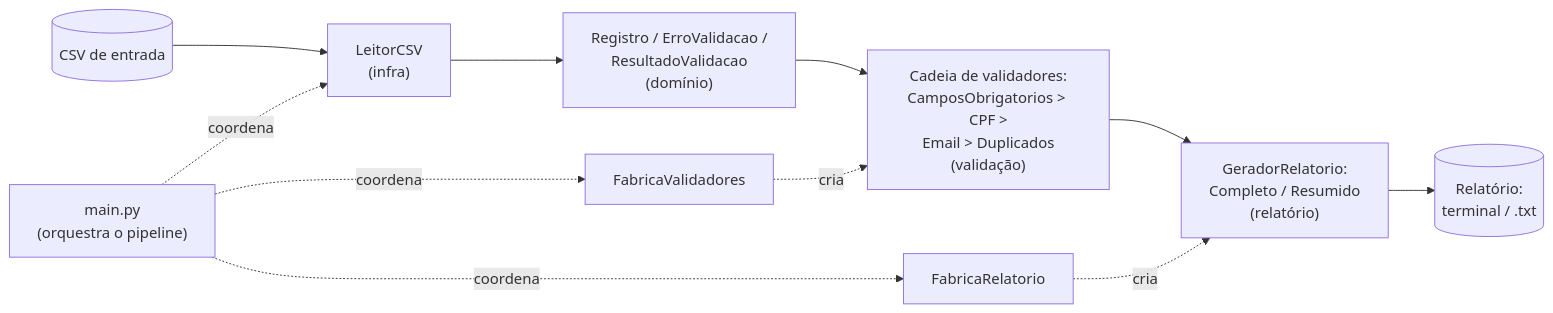
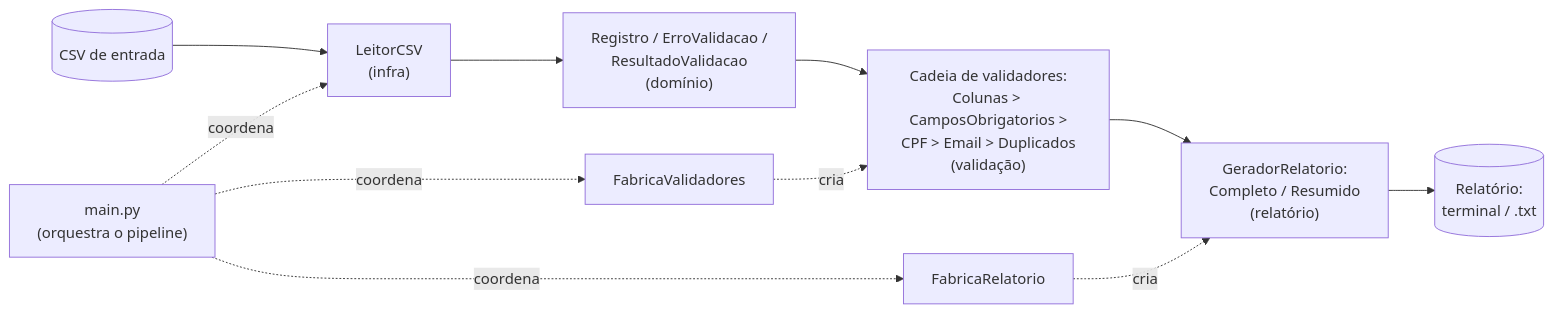
The first of 3 diagrams in ValidaCad/docs/arquitetura.md (UTFPR-Guilherme/Projeto-Final-ES), drawn with Mermaid before and after one commit. The commit also changed other lines of this file and 8 other files, not shown here.

````diff
--- a/ValidaCad/docs/arquitetura.md
+++ b/ValidaCad/docs/arquitetura.md
@@ -15,19 +15,19 @@
 ```mermaid
 flowchart LR
     CSV[("CSV de entrada")]
     OUT[("Relatório:<br/>terminal / .txt")]
     LEITOR["LeitorCSV<br/>(infra)"]
     ENT["Registro / ErroValidacao /<br/>ResultadoValidacao<br/>(domínio)"]
-    CAD["Cadeia de validadores:<br/>CamposObrigatorios > CPF ><br/>Email > Duplicados<br/>(validação)"]
+    CAD["Cadeia de validadores:<br/>Colunas > CamposObrigatorios ><br/>CPF > Email > Duplicados<br/>(validação)"]
     GR["GeradorRelatorio:<br/>Completo / Resumido<br/>(relatório)"]
     FV["FabricaValidadores"]
     FR["FabricaRelatorio"]
     MAIN["main.py<br/>(orquestra o pipeline)"]
 
     CSV --> LEITOR --> ENT --> CAD --> GR --> OUT
     FV -. cria .-> CAD
     FR -. cria .-> GR
     MAIN -. coordena .-> LEITOR
     MAIN -. coordena .-> FV
     MAIN -. coordena .-> FR
 ```
````
